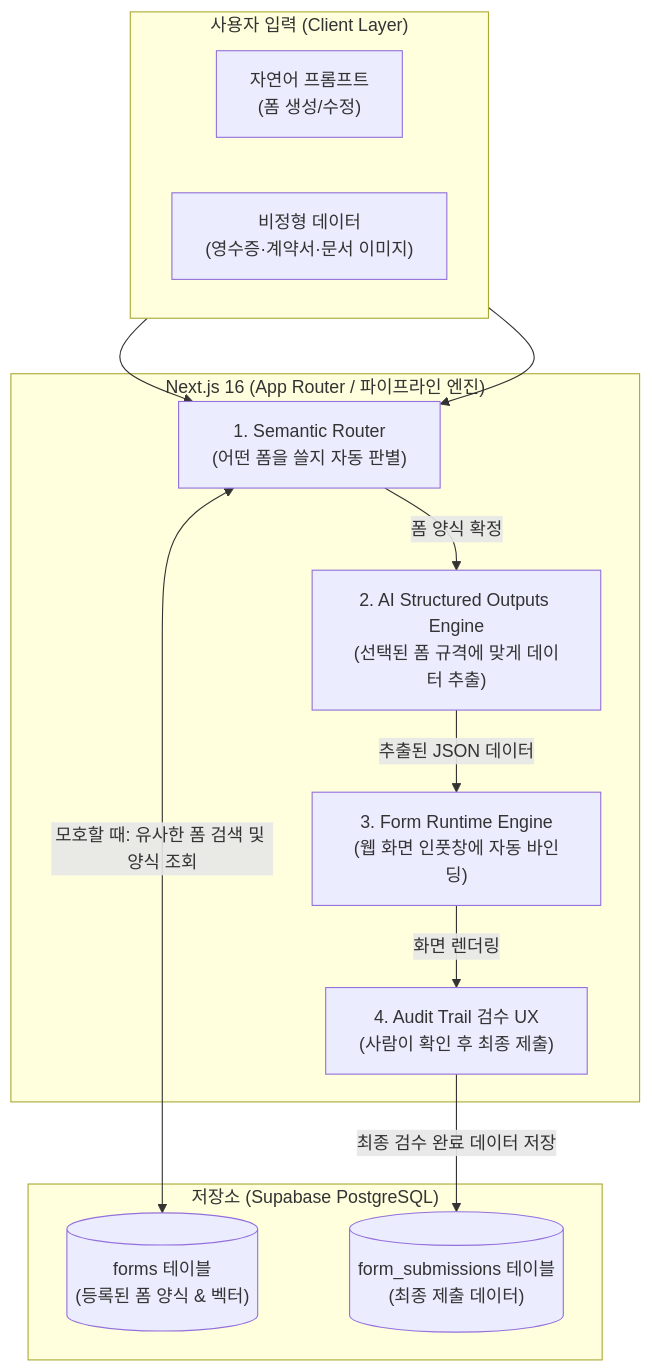
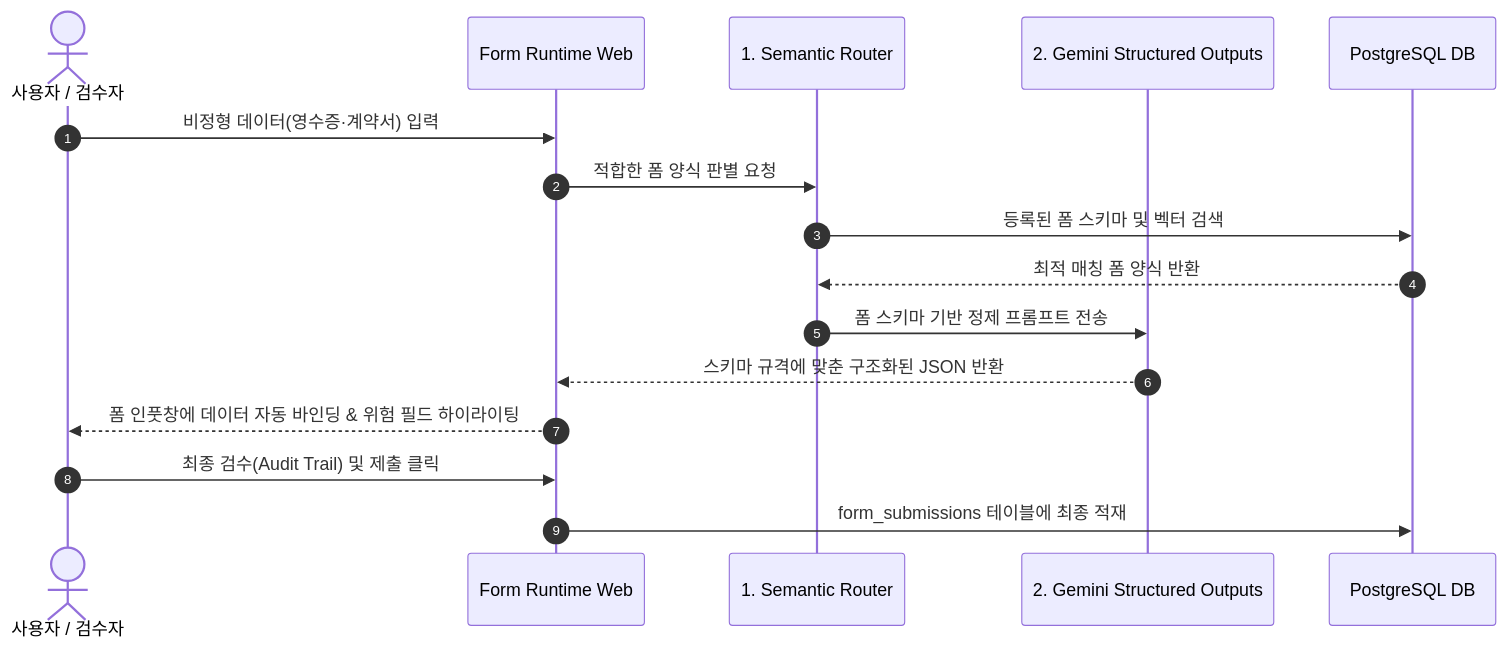
Before and after one commit to ssogle/dynamic-form-engine: the diagram in README.md, drawn with Mermaid. The commit also changed other lines of this file and 32 other files, not shown here.

First line of the commit message:
feat(forms): 폼 CRUD 엔드투엔드 파이프라인 완성 및 서버 영속성 계층 분리

````diff
--- a/README.md
+++ b/README.md
@@ -23,30 +23,19 @@
 ```mermaid
-flowchart TD
-    subgraph Client["사용자 입력 (Client Layer)"]
-        direction LR
-        InputPrompt["자연어 프롬프트<br/>(폼 생성/수정)"]
-        InputDoc["비정형 데이터<br/>(영수증·계약서·문서 이미지)"]
-    end
+sequenceDiagram
+    autonumber
+    actor User as 사용자 / 검수자
+    participant Web as Form Runtime Web
+    participant Router as 1. Semantic Router
+    participant Gemini as 2. Gemini Structured Outputs
+    participant DB as PostgreSQL DB
 
-    subgraph Storage["저장소 (Supabase PostgreSQL)"]
-        DBForms[("forms 테이블<br/>(등록된 폼 양식 & 벡터)")]
-        DBSubmissions[("form_submissions 테이블<br/>(최종 제출 데이터)")]
-    end
-
-    subgraph NextServer["Next.js 16 (App Router / 파이프라인 엔진)"]
-        Router["1. Semantic Router<br/>(어떤 폼을 쓸지 자동 판별)"]
-        GeminiEngine["2. AI Structured Outputs Engine<br/>(선택된 폼 규격에 맞게 데이터 추출)"]
-        FormRuntime["3. Form Runtime Engine<br/>(웹 화면 인풋창에 자동 바인딩)"]
-        AuditTrail["4. Audit Trail 검수 UX<br/>(사람이 확인 후 최종 제출)"]
-
-        Router -->|"폼 양식 확정"| GeminiEngine
-        GeminiEngine -->|"추출된 JSON 데이터"| FormRuntime
-        FormRuntime -->|"화면 렌더링"| AuditTrail
-    end
-
-    InputPrompt --> Router
-    InputDoc --> Router
-
-    Router <-->|"모호할 때: 유사한 폼 검색 및 양식 조회"| DBForms
-    AuditTrail -->|"최종 검수 완료 데이터 저장"| DBSubmissions
+    User->>Web: 비정형 데이터(영수증·계약서) 입력
+    Web->>Router: 적합한 폼 양식 판별 요청
+    Router->>DB: 등록된 폼 스키마 및 벡터 검색
+    DB-->>Router: 최적 매칭 폼 양식 반환
+    Router->>Gemini: 폼 스키마 기반 정제 프롬프트 전송
+    Gemini-->>Web: 스키마 규격에 맞춘 구조화된 JSON 반환
+    Web-->>User: 폼 인풋창에 데이터 자동 바인딩 & 위험 필드 하이라이팅
+    User->>Web: 최종 검수(Audit Trail) 및 제출 클릭
+    Web->>DB: form_submissions 테이블에 최종 적재
 ```
````
